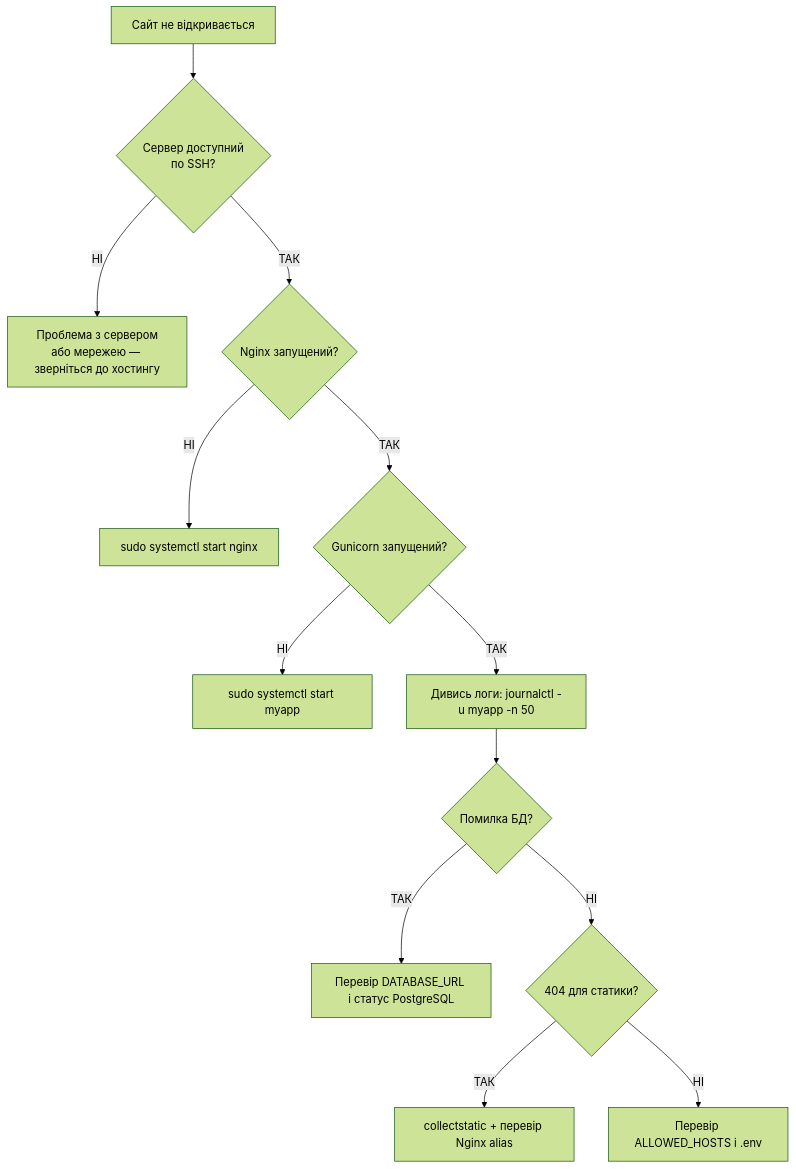
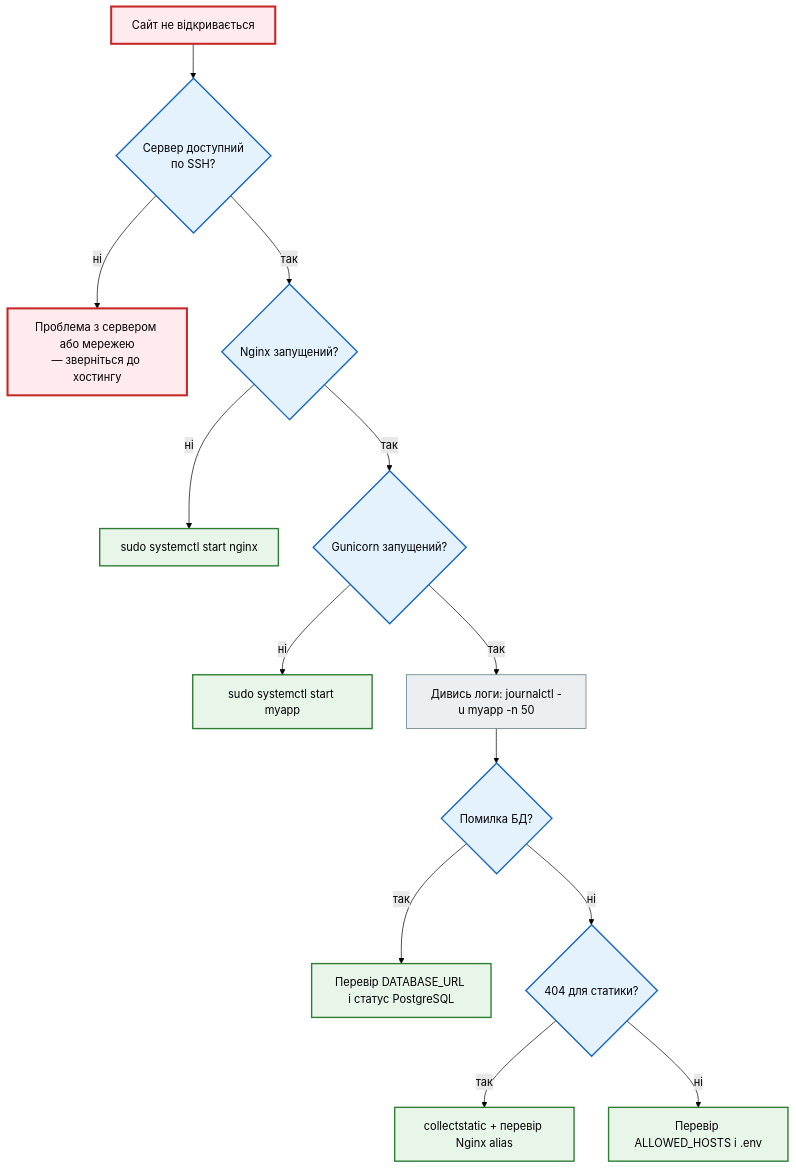
Before and after one commit to NikoriakViktot/notes_chat_app: the diagram in docs/11_deployment/deploy_13_logs_monitoring_debugging_full.md, drawn with Mermaid (forest theme). The commit also changed 441 other files, not shown here.

First line of the commit message:
Add English version of the book, Mermaid standard, docs fixes

````diff
--- a/docs/11_deployment/deploy_13_logs_monitoring_debugging_full.md
+++ b/docs/11_deployment/deploy_13_logs_monitoring_debugging_full.md
@@ -112,15 +112,24 @@
 ```mermaid
 flowchart TD
-    Problem["Сайт не відкривається"] --> SSH{Сервер доступний\nпо SSH?}
-    SSH -->|НІ| FixSSH["Проблема з сервером\nабо мережею — зверніться до хостингу"]
-    SSH -->|ТАК| Nginx{Nginx запущений?}
-    Nginx -->|НІ| StartNginx["sudo systemctl start nginx"]
-    Nginx -->|ТАК| Gunicorn{Gunicorn запущений?}
-    Gunicorn -->|НІ| StartGunicorn["sudo systemctl start myapp"]
-    Gunicorn -->|ТАК| Logs["Дивись логи: journalctl -u myapp -n 50"]
+    Problem["Сайт не відкривається"] --> SSH{"Сервер доступний<br>по SSH?"}
+    SSH -->|ні| FixSSH["Проблема з сервером або мережею<br>— зверніться до хостингу"]
+    SSH -->|так| Nginx{Nginx запущений?}
+    Nginx -->|ні| StartNginx["sudo systemctl start nginx"]
+    Nginx -->|так| Gunicorn{Gunicorn запущений?}
+    Gunicorn -->|ні| StartGunicorn["sudo systemctl start myapp"]
+    Gunicorn -->|так| Logs["Дивись логи: journalctl -u myapp -n 50"]
     Logs --> DB{Помилка БД?}
-    DB -->|ТАК| FixDB["Перевір DATABASE_URL і статус PostgreSQL"]
-    DB -->|НІ| Static{404 для статики?}
-    Static -->|ТАК| FixStatic["collectstatic + перевір Nginx alias"]
-    Static -->|НІ| Config["Перевір ALLOWED_HOSTS і .env"]
+    DB -->|так| FixDB["Перевір DATABASE_URL і статус PostgreSQL"]
+    DB -->|ні| Static{404 для статики?}
+    Static -->|так| FixStatic["collectstatic + перевір Nginx alias"]
+    Static -->|ні| Config["Перевір ALLOWED_HOSTS і .env"]
+
+    classDef step     fill:#eceff1,stroke:#546e7a,stroke-width:1px;
+    classDef decision fill:#e3f2fd,stroke:#1565c0,stroke-width:2px;
+    classDef success  fill:#e8f5e9,stroke:#2e7d32,stroke-width:2px;
+    classDef error    fill:#ffebee,stroke:#c62828,stroke-width:3px;
+    class Logs step;
+    class SSH,Nginx,Gunicorn,DB,Static decision;
+    class StartNginx,StartGunicorn,FixDB,FixStatic,Config success;
+    class Problem,FixSSH error;
 ```
````
